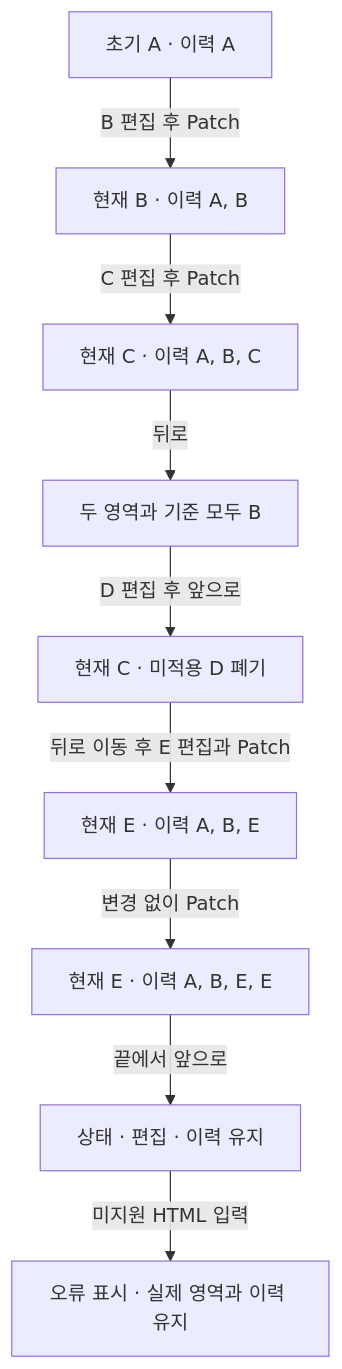
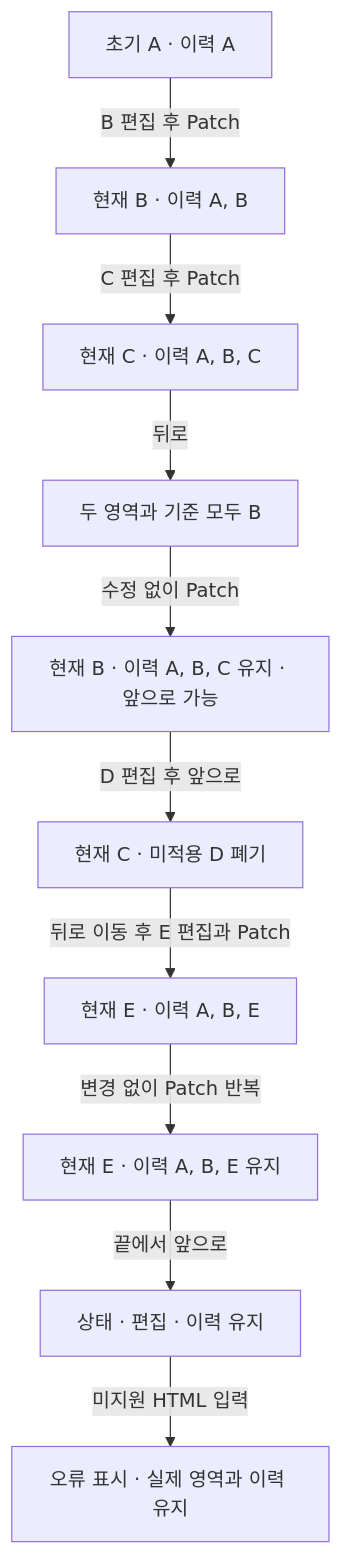
The second of 4 diagrams in docs/design/verification.md (WEEK11-12/mini-react), drawn with Mermaid before and after one commit. The commit also changed other lines of this file and 6 other files, not shown here.

````diff
--- a/docs/design/verification.md
+++ b/docs/design/verification.md
@@ -51,11 +51,12 @@
 ```mermaid
 flowchart TD
   A["초기 A · 이력 A"] -->|B 편집 후 Patch| B["현재 B · 이력 A, B"]
   B -->|C 편집 후 Patch| C["현재 C · 이력 A, B, C"]
   C -->|뒤로| BACK["두 영역과 기준 모두 B"]
-  BACK -->|D 편집 후 앞으로| FORWARD["현재 C · 미적용 D 폐기"]
+  BACK -->|수정 없이 Patch| NOOP["현재 B · 이력 A, B, C 유지 · 앞으로 가능"]
+  NOOP -->|D 편집 후 앞으로| FORWARD["현재 C · 미적용 D 폐기"]
   FORWARD -->|뒤로 이동 후 E 편집과 Patch| BRANCH["현재 E · 이력 A, B, E"]
-  BRANCH -->|변경 없이 Patch| SAME["현재 E · 이력 A, B, E, E"]
+  BRANCH -->|변경 없이 Patch 반복| SAME["현재 E · 이력 A, B, E 유지"]
   SAME -->|끝에서 앞으로| EDGE["상태 · 편집 · 이력 유지"]
   EDGE -->|미지원 HTML 입력| ERROR["오류 표시 · 실제 영역과 이력 유지"]
 ```
````
